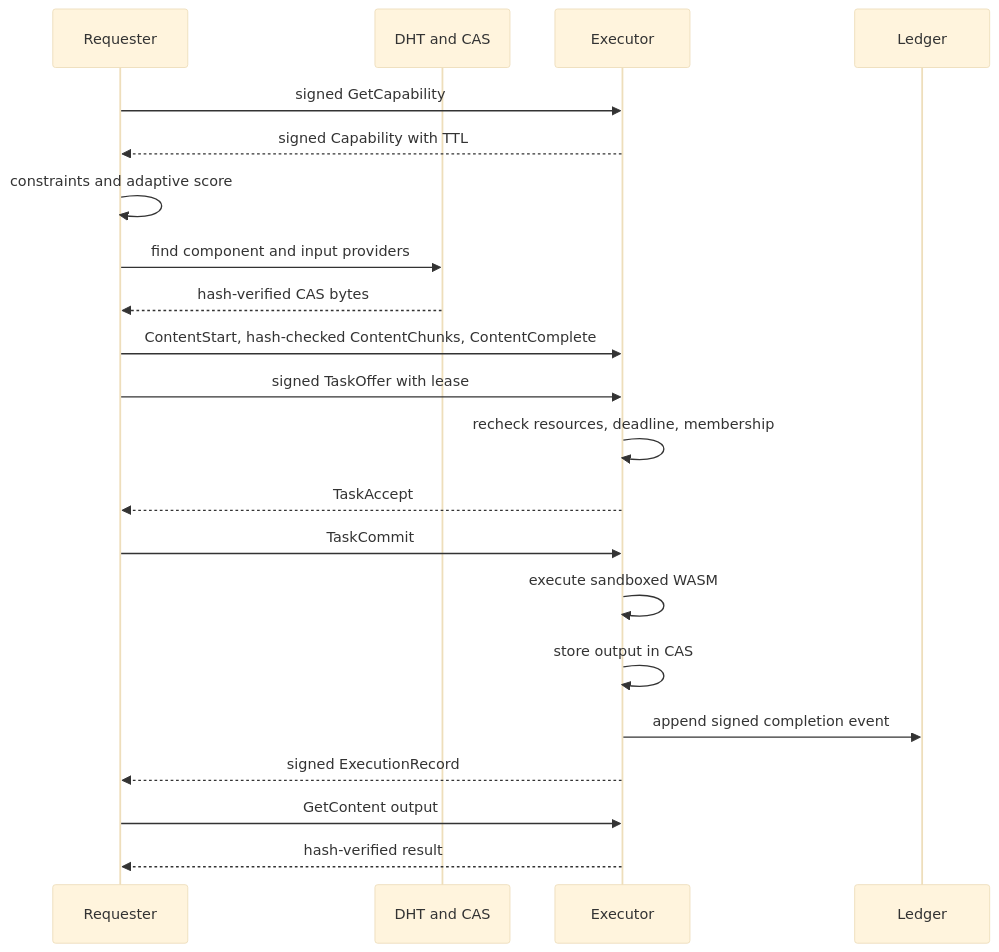
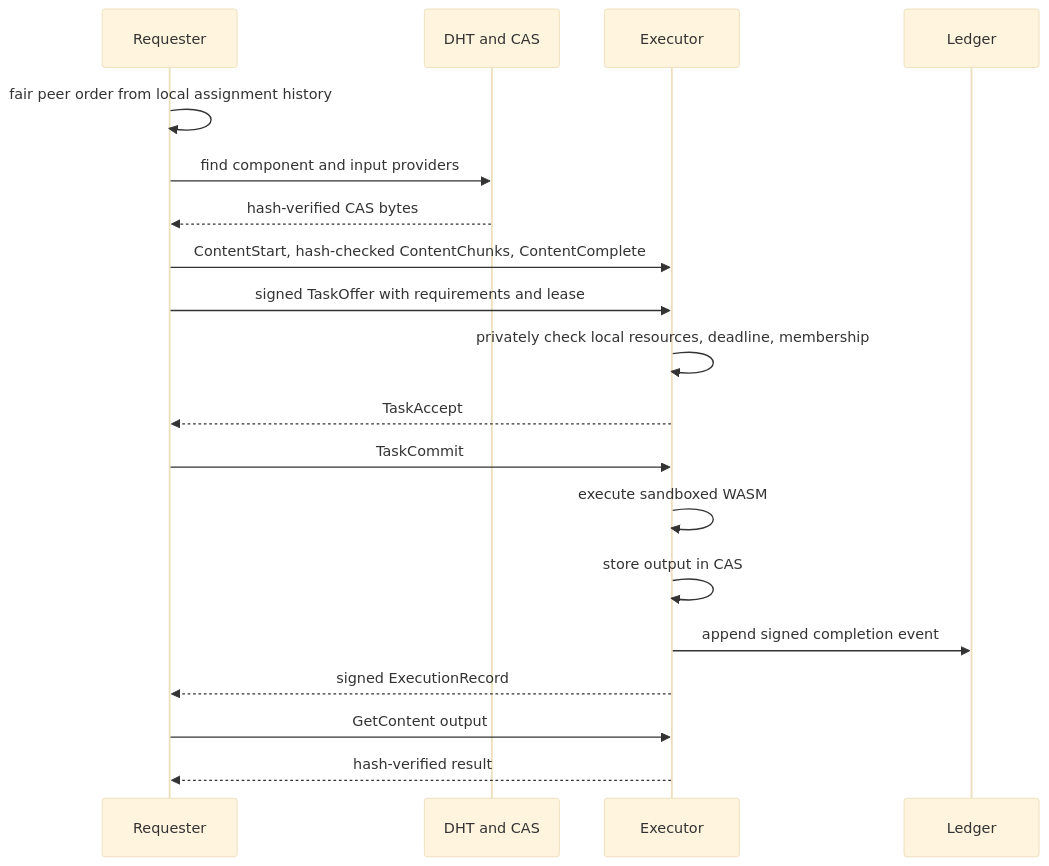
One commit to reivosar/peerless-sysytem-fw changed the third of 3 diagrams in README.md. Above: the diagram before and after it, drawn with Mermaid (base theme). The commit also changed other lines of this file and 6 other files, not shown here.

```diff
--- a/README.md
+++ b/README.md
@@ -178,23 +182,21 @@
 ~~~mermaid
 sequenceDiagram
     participant R as Requester
     participant D as DHT and CAS
     participant E as Executor
     participant L as Ledger
-    R->>E: signed GetCapability
-    E-->>R: signed Capability with TTL
-    R->>R: constraints and adaptive score
+    R->>R: fair peer order from local assignment history
     R->>D: find component and input providers
     D-->>R: hash-verified CAS bytes
     R->>E: ContentStart, hash-checked ContentChunks, ContentComplete
-    R->>E: signed TaskOffer with lease
-    E->>E: recheck resources, deadline, membership
+    R->>E: signed TaskOffer with requirements and lease
+    E->>E: privately check local resources, deadline, membership
     E-->>R: TaskAccept
     R->>E: TaskCommit
     E->>E: execute sandboxed WASM
     E->>E: store output in CAS
     E->>L: append signed completion event
     E-->>R: signed ExecutionRecord
     R->>E: GetContent output
     E-->>R: hash-verified result
 ~~~
```
